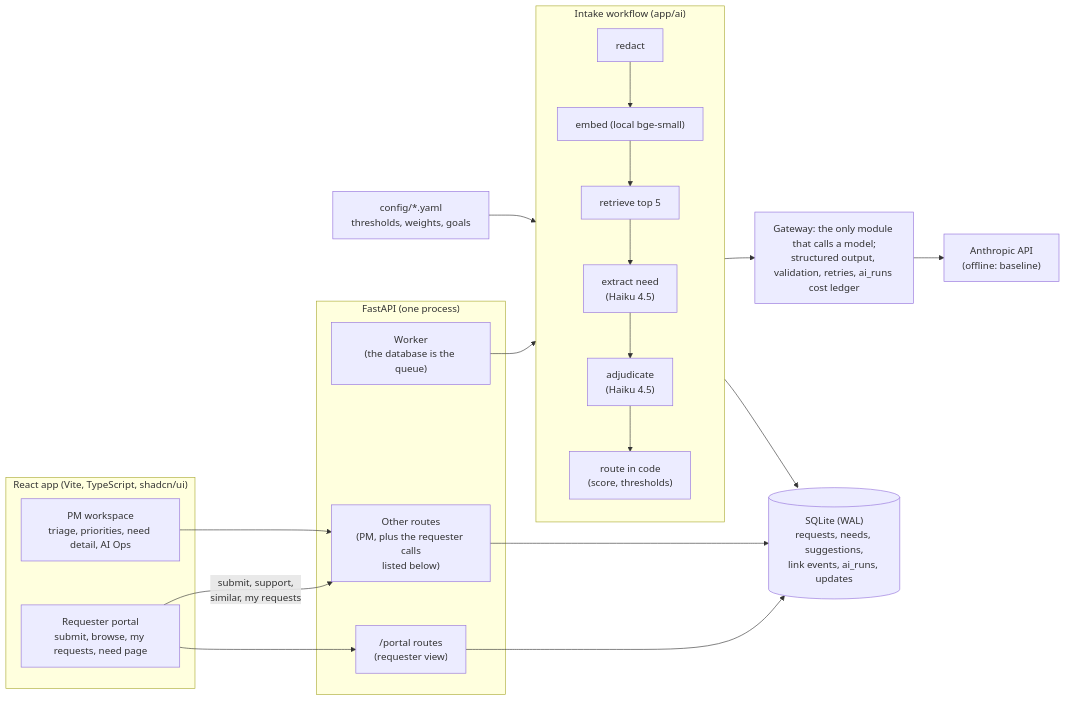
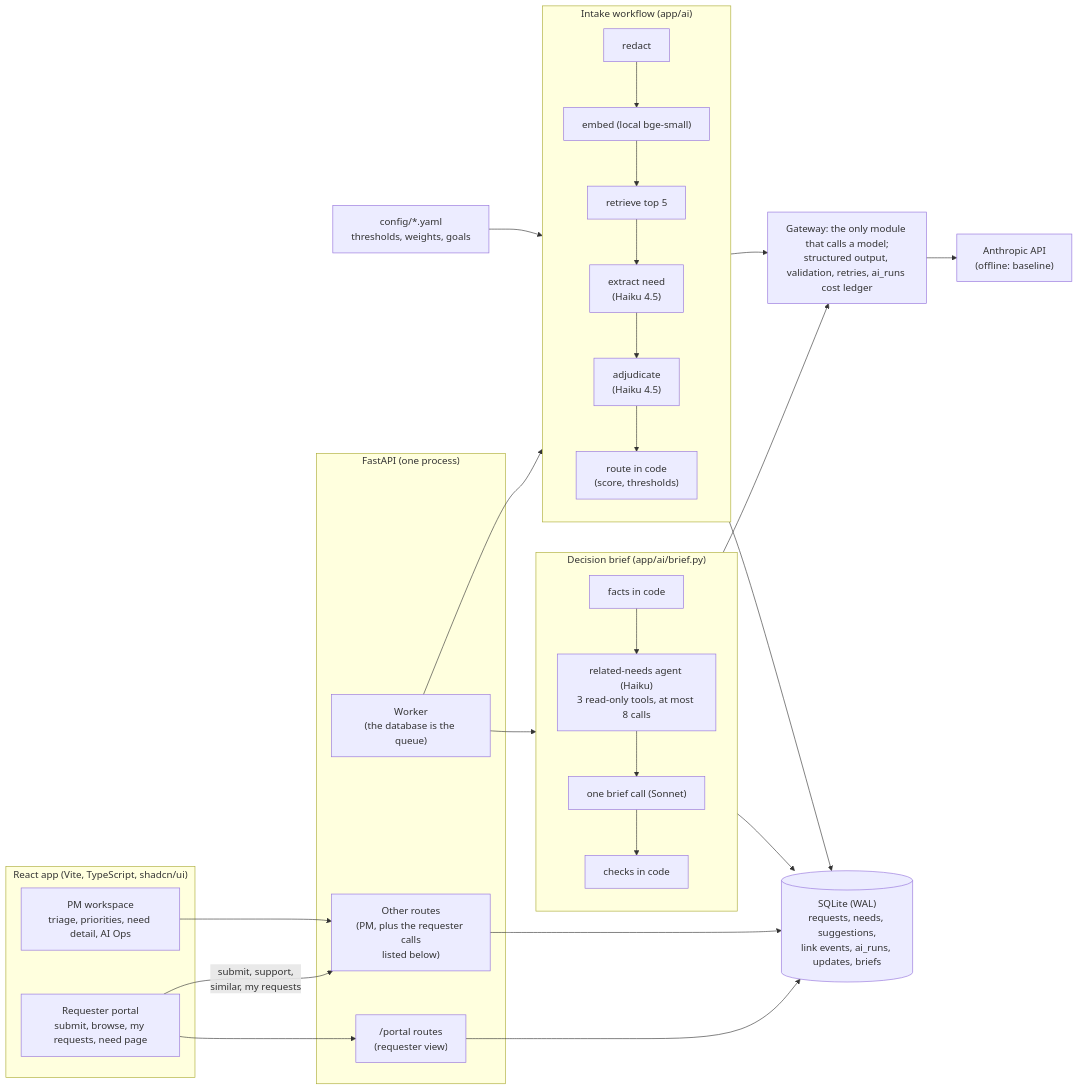
One commit to ROBERTG99/MetaCTO-Assignment changed the diagram in README.md. Above: the diagram before and after it, drawn with Mermaid. The commit also changed other lines of this file and 31 other files, not shown here.

First line of the commit message:
docs: live validation and decision briefs

````diff
--- a/README.md
+++ b/README.md
@@ -66,28 +67,35 @@
 ```mermaid
 flowchart LR
   subgraph Web["React app (Vite, TypeScript, shadcn/ui)"]
     R["Requester portal<br/>submit, browse, my requests, need page"]
     P["PM workspace<br/>triage, priorities, need detail, AI Ops"]
   end
   subgraph API["FastAPI (one process)"]
     PORTAL["/portal routes<br/>(requester view)"]
     PM["Other routes<br/>(PM, plus the requester calls<br/>listed below)"]
     W["Worker<br/>(the database is the queue)"]
   end
   subgraph AI["Intake workflow (app/ai)"]
     direction TB
     RD["redact"] --> EM["embed (local bge-small)"] --> RT["retrieve top 5"] --> EX["extract need<br/>(Haiku 4.5)"] --> AD["adjudicate<br/>(Haiku 4.5)"] --> RO["route in code<br/>(score, thresholds)"]
   end
+  subgraph BRIEF["Decision brief (app/ai/brief.py)"]
+    direction TB
+    FA["facts in code"] --> AG["related-needs agent (Haiku)<br/>3 read-only tools, at most 8 calls"] --> BC["one brief call (Sonnet)"] --> CK["checks in code"]
+  end
   GW["Gateway: the only module that calls a model;<br/>structured output, validation, retries, ai_runs cost ledger"]
-  DB[("SQLite (WAL)<br/>requests, needs, suggestions,<br/>link events, ai_runs, updates")]
+  DB[("SQLite (WAL)<br/>requests, needs, suggestions,<br/>link events, ai_runs, updates, briefs")]
   CFG["config/*.yaml<br/>thresholds, weights, goals"]
   R --> PORTAL
   R -->|"submit, support,<br/>similar, my requests"| PM
   P --> PM
   PORTAL --> DB
   PM --> DB
   W --> AI
+  W --> BRIEF
+  BRIEF --> GW
+  BRIEF --> DB
   AI --> GW --> CL["Anthropic API<br/>(offline: baseline)"]
   AI --> DB
   CFG --> AI
 ```
````
